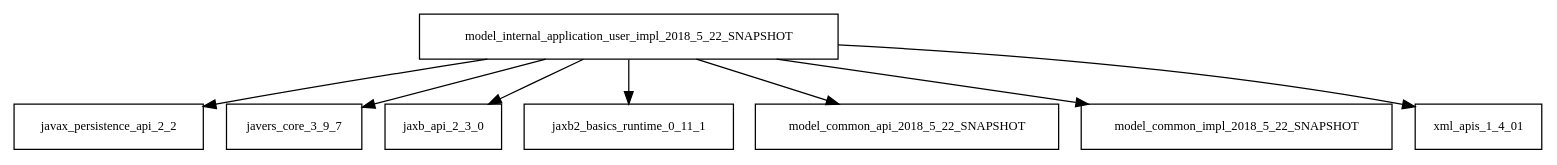
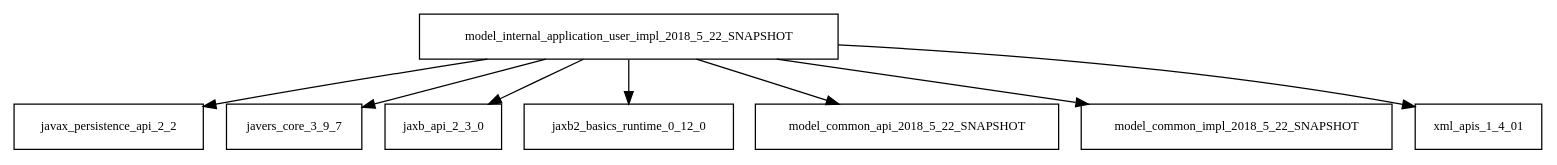
One commit to sjvs/cia changed the diagram in tattleTaleReport/graphviz/model.internal.application.user.impl-2018.5.22-SNAPSHOT.jar/model.internal.application.user.impl-2018.5.22-SNAPSHOT.jar.dot. Above: the diagram before and after it, drawn with Graphviz. The commit also changed 2050 other files, not shown here.

```diff
--- a/tattleTaleReport/graphviz/model.internal.application.user.impl-2018.5.22-SNAPSHOT.jar/model.internal.application.user.impl-2018.5.22-SNAPSHOT.jar.dot
+++ b/tattleTaleReport/graphviz/model.internal.application.user.impl-2018.5.22-SNAPSHOT.jar/model.internal.application.user.impl-2018.5.22-SNAPSHOT.jar.dot
@@ -1,10 +1,10 @@
 digraph model_internal_application_user_impl_2018_5_22_SNAPSHOT_dependencies {
   node [shape = box, fontsize=10.0];
   model_internal_application_user_impl_2018_5_22_SNAPSHOT -> javax_persistence_api_2_2;
   model_internal_application_user_impl_2018_5_22_SNAPSHOT -> javers_core_3_9_7;
   model_internal_application_user_impl_2018_5_22_SNAPSHOT -> jaxb_api_2_3_0;
-  model_internal_application_user_impl_2018_5_22_SNAPSHOT -> jaxb2_basics_runtime_0_11_1;
+  model_internal_application_user_impl_2018_5_22_SNAPSHOT -> jaxb2_basics_runtime_0_12_0;
   model_internal_application_user_impl_2018_5_22_SNAPSHOT -> model_common_api_2018_5_22_SNAPSHOT;
   model_internal_application_user_impl_2018_5_22_SNAPSHOT -> model_common_impl_2018_5_22_SNAPSHOT;
   model_internal_application_user_impl_2018_5_22_SNAPSHOT -> xml_apis_1_4_01;
 }
```
